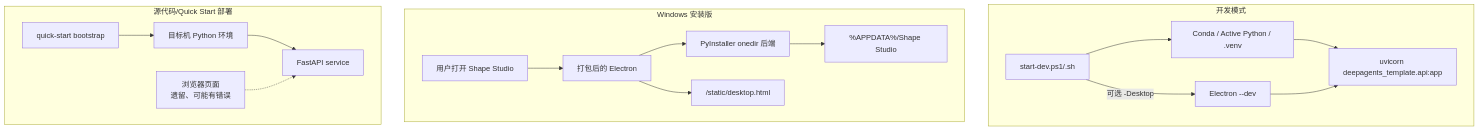
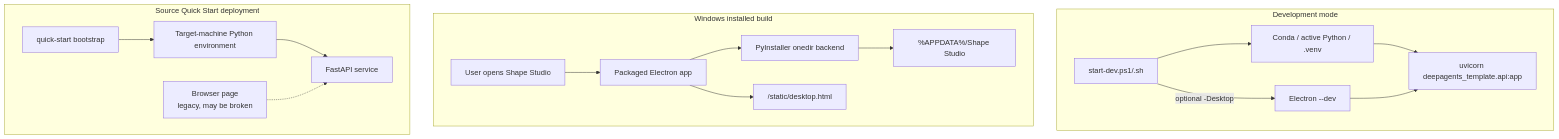
Before and after one commit to PeiXingXie/Raster2SVG-Demo: the first of 2 diagrams in architecture-summary/05-deployment-and-release.md, drawn with Mermaid. The commit also changed other lines of this file and 14 other files, not shown here.

````diff
--- a/architecture-summary/05-deployment-and-release.md
+++ b/architecture-summary/05-deployment-and-release.md
@@ -5,22 +5,22 @@
 ```mermaid
 flowchart TB
-    subgraph Development["开发模式"]
-        DevScript["start-dev.ps1/.sh"] --> PythonEnv["Conda / Active Python / .venv"]
+    subgraph Development["Development mode"]
+        DevScript["start-dev.ps1/.sh"] --> PythonEnv["Conda / active Python / .venv"]
         PythonEnv --> Uvicorn["uvicorn deepagents_template.api:app"]
-        DevScript -->|"可选 -Desktop"| ElectronDev["Electron --dev"]
+        DevScript -->|"optional -Desktop"| ElectronDev["Electron --dev"]
         ElectronDev --> Uvicorn
     end
 
-    subgraph Installed["Windows 安装版"]
-        User["用户打开 Shape Studio"] --> ElectronPkg["打包后的 Electron"]
-        ElectronPkg --> BackendExe["PyInstaller onedir 后端"]
+    subgraph Installed["Windows installed build"]
+        User["User opens Shape Studio"] --> ElectronPkg["Packaged Electron app"]
+        ElectronPkg --> BackendExe["PyInstaller onedir backend"]
         ElectronPkg --> DesktopUI["/static/desktop.html"]
         BackendExe --> UserData["%APPDATA%/Shape Studio"]
     end
 
-    subgraph SourceDeploy["源代码/Quick Start 部署"]
-        Bootstrap["quick-start bootstrap"] --> TargetPython["目标机 Python 环境"]
+    subgraph SourceDeploy["Source Quick Start deployment"]
+        Bootstrap["quick-start bootstrap"] --> TargetPython["Target-machine Python environment"]
         TargetPython --> Service["FastAPI service"]
-        LegacyBrowser["浏览器页面<br/>遗留、可能有错误"] -.-> Service
+        LegacyBrowser["Browser page<br/>legacy, may be broken"] -.-> Service
     end
 ```
````
